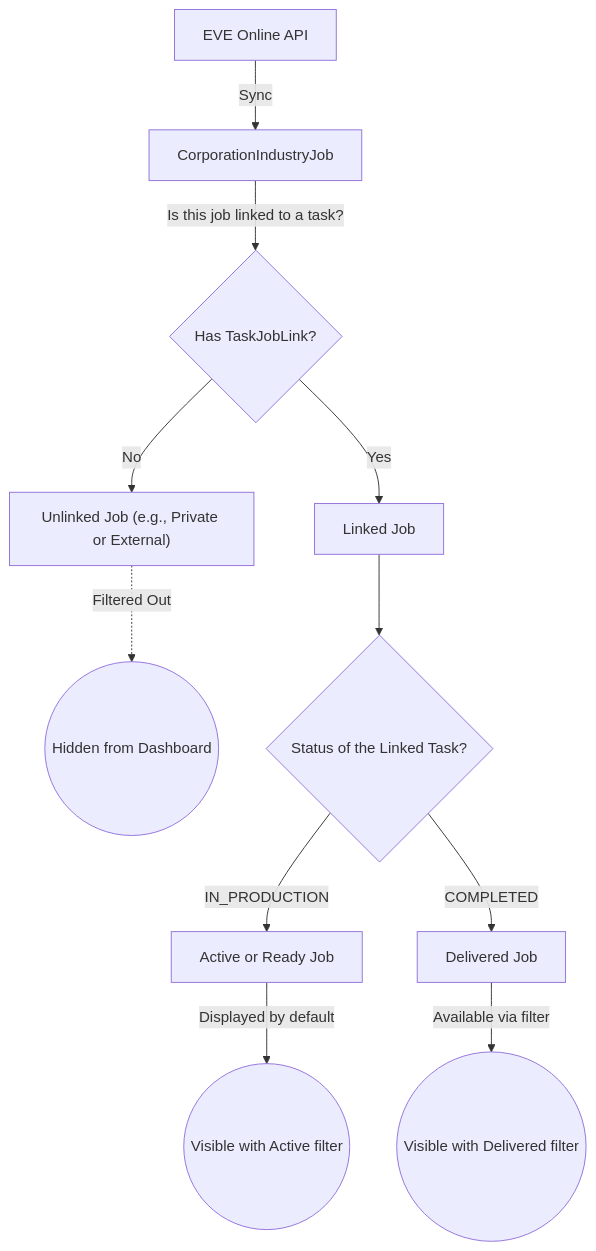
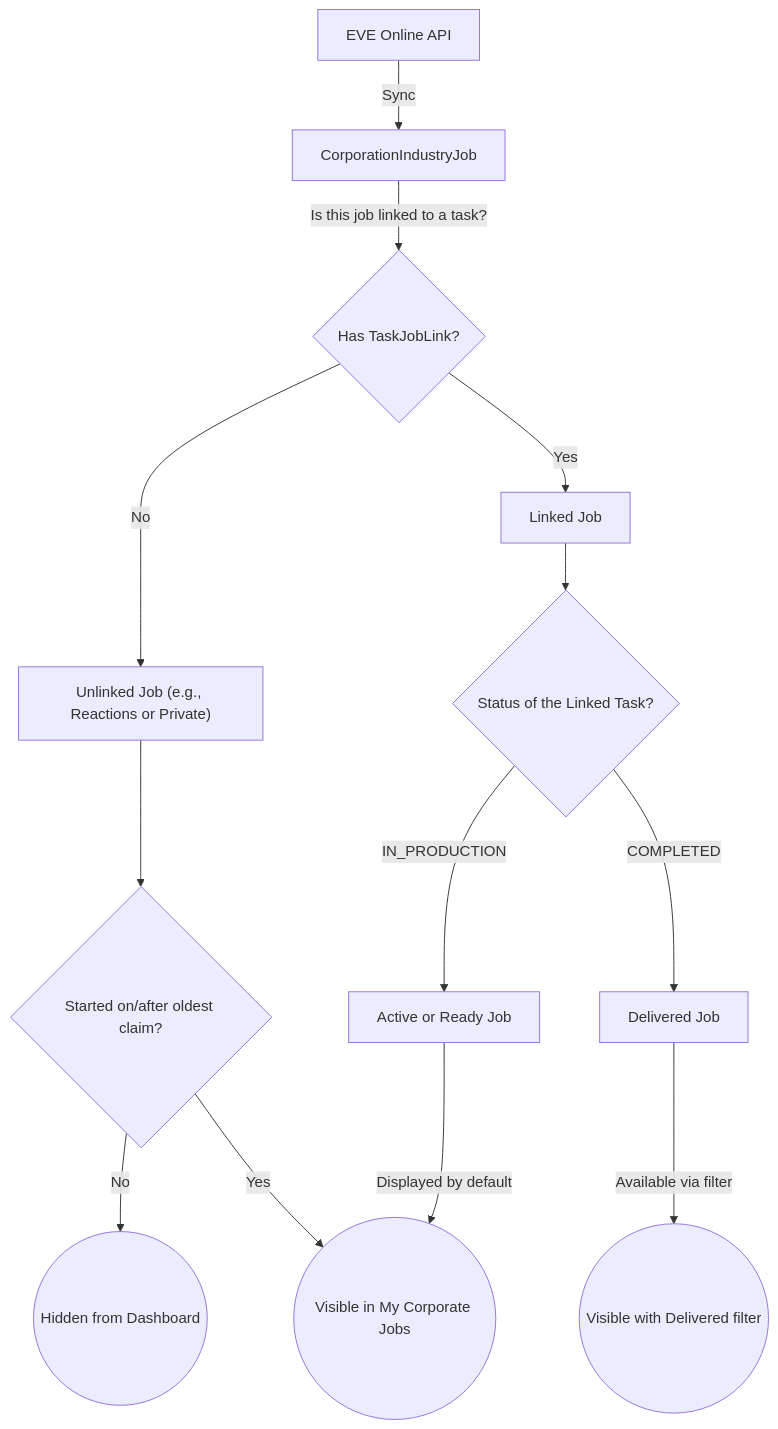
The diagram in backlog/docs/doc-8 - Job-Filtering-Logic.md (mbroekman/aa-industry), drawn with Mermaid before and after one commit. The commit also changed other lines of this file and 18 other files, not shown here.

````diff
--- a/backlog/docs/doc-8 - Job-Filtering-Logic.md
+++ b/backlog/docs/doc-8 - Job-Filtering-Logic.md
@@ -35,18 +36,20 @@
 ```mermaid
 graph TD
     API["EVE Online API"] -->|Sync| DB_JOB["CorporationIndustryJob"]
 
     DB_JOB -->|"Is this job linked to a task?"| CHECK{"Has TaskJobLink?"}
 
-    CHECK -->|No| UNLINKED["Unlinked Job (e.g., Private or External)"]
-    UNLINKED -.->|"Filtered Out"| HIDDEN(("Hidden from Dashboard"))
+    CHECK -->|No| UNLINKED["Unlinked Job (e.g., Reactions or Private)"]
+    UNLINKED --> TIME_CHECK{"Started on/after oldest claim?"}
+    TIME_CHECK -->|No| HIDDEN(("Hidden from Dashboard"))
+    TIME_CHECK -->|Yes| VISIBLE_ACTIVE(("Visible in My Corporate Jobs"))
 
     CHECK -->|Yes| LINKED["Linked Job"]
     LINKED --> TASK_STATE{"Status of the Linked Task?"}
 
     TASK_STATE -->|IN_PRODUCTION| ACTIVE_JOB["Active or Ready Job"]
-    ACTIVE_JOB -->|"Displayed by default"| VISIBLE_ACTIVE(("Visible with Active filter"))
+    ACTIVE_JOB -->|"Displayed by default"| VISIBLE_ACTIVE
 
     TASK_STATE -->|COMPLETED| COMPLETED_JOB["Delivered Job"]
     COMPLETED_JOB -->|"Available via filter"| VISIBLE_DELIVERED(("Visible with Delivered filter"))
 ```
````
